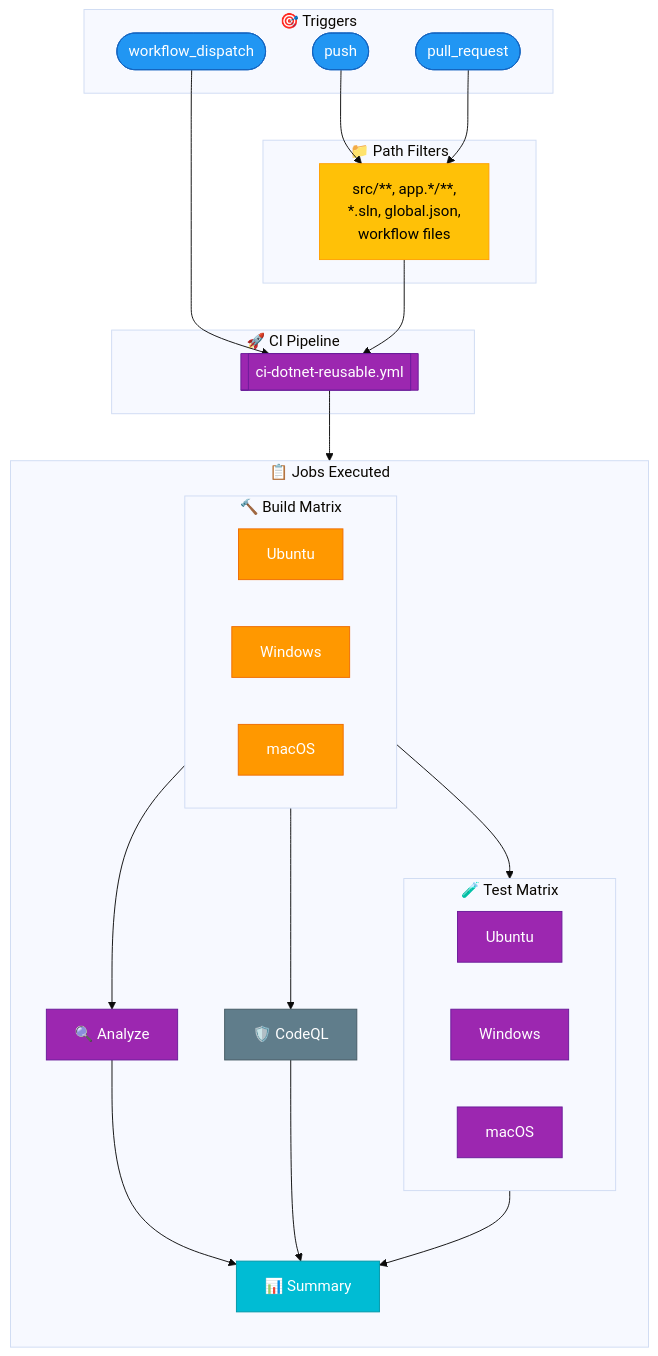
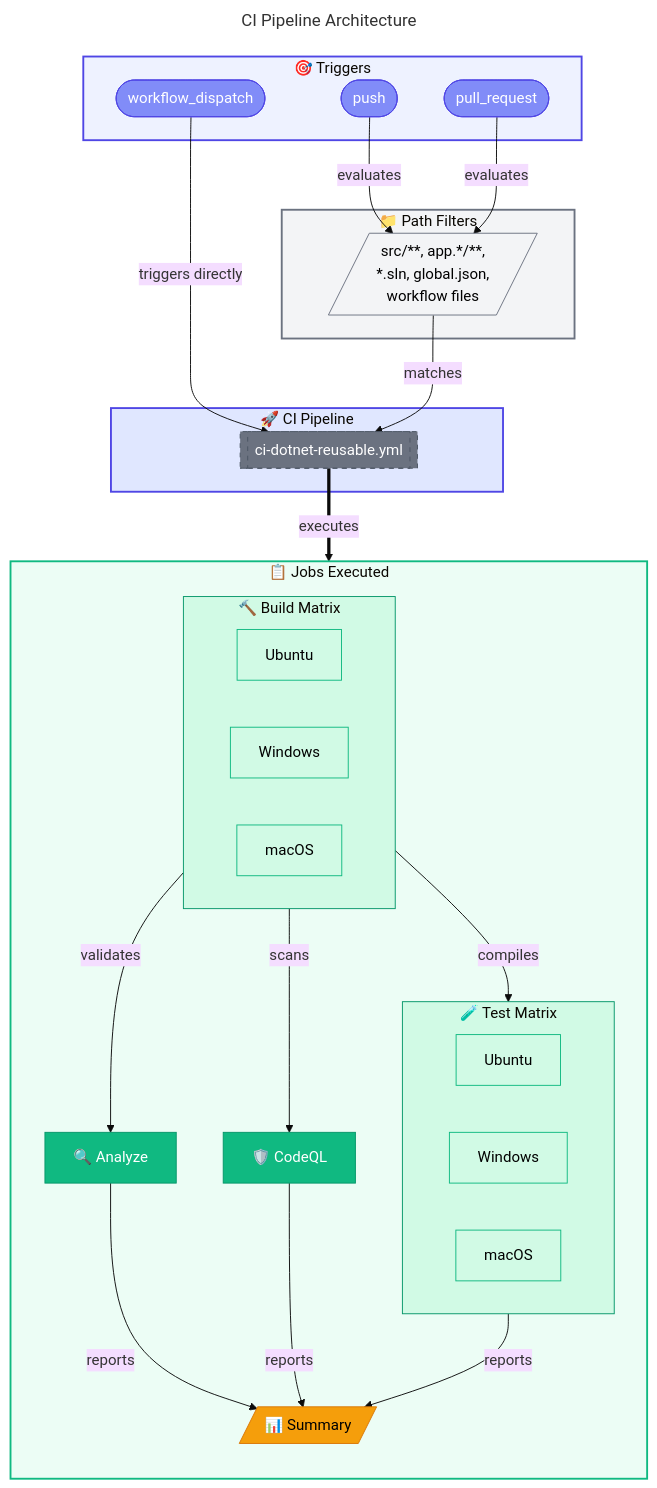
Before and after one commit to Evilazaro/Azure-LogicApps-Monitoring: the first of 2 diagrams in docs/devops/ci-dotnet.md, drawn with Mermaid (base theme). The commit also changed other lines of this file, not shown here.

Commit message:
refactor: Improve CI pipeline diagrams with enhanced clarity, structure, and styling

````diff
--- a/docs/devops/ci-dotnet.md
+++ b/docs/devops/ci-dotnet.md
@@ -62,69 +62,84 @@
 ```mermaid
+---
+title: CI Pipeline Architecture
+---
 flowchart TD
+    %% ===== TRIGGER EVENTS =====
     subgraph Triggers["🎯 Triggers"]
-        T1([push])
-        T2([pull_request])
-        T3([workflow_dispatch])
+        T1(["push"])
+        T2(["pull_request"])
+        T3(["workflow_dispatch"])
     end
 
+    %% ===== PATH FILTERS =====
     subgraph PathFilters["📁 Path Filters"]
-        PF[src/**, app.*/**,<br/>*.sln, global.json,<br/>workflow files]
+        PF[/"src/**, app.*/**,<br/>*.sln, global.json,<br/>workflow files"/]
     end
 
+    %% ===== CI PIPELINE =====
     subgraph CI["🚀 CI Pipeline"]
-        CI_CALL[[ci-dotnet-reusable.yml]]
+        CI_CALL[["ci-dotnet-reusable.yml"]]
     end
 
+    %% ===== EXECUTED JOBS =====
     subgraph Jobs["📋 Jobs Executed"]
         direction TB
 
         subgraph BuildMatrix["🔨 Build Matrix"]
-            B1[Ubuntu]
-            B2[Windows]
-            B3[macOS]
+            B1["Ubuntu"]
+            B2["Windows"]
+            B3["macOS"]
         end
 
         subgraph TestMatrix["🧪 Test Matrix"]
-            T_U[Ubuntu]
-            T_W[Windows]
-            T_M[macOS]
+            TM_U["Ubuntu"]
+            TM_W["Windows"]
+            TM_M["macOS"]
         end
 
-        ANALYZE[🔍 Analyze]
-        CODEQL[🛡️ CodeQL]
-        SUMMARY[📊 Summary]
+        ANALYZE["🔍 Analyze"]
+        CODEQL["🛡️ CodeQL"]
+        SUMMARY[/"📊 Summary"/]
     end
 
-    %% Trigger flows
-    T1 --> PF
-    T2 --> PF
-    T3 --> CI_CALL
-    PF --> CI_CALL
+    %% ===== TRIGGER FLOWS =====
+    T1 -->|evaluates| PF
+    T2 -->|evaluates| PF
+    T3 -->|triggers directly| CI_CALL
+    PF -->|matches| CI_CALL
 
-    %% CI to Jobs
-    CI_CALL --> BuildMatrix
-    BuildMatrix --> TestMatrix
-    BuildMatrix --> ANALYZE
-    BuildMatrix --> CODEQL
-    TestMatrix --> SUMMARY
-    ANALYZE --> SUMMARY
-    CODEQL --> SUMMARY
+    %% ===== CI TO JOBS =====
+    CI_CALL ==>|executes| BuildMatrix
+    BuildMatrix -->|compiles| TestMatrix
+    BuildMatrix -->|validates| ANALYZE
+    BuildMatrix -->|scans| CODEQL
+    TestMatrix -->|reports| SUMMARY
+    ANALYZE -->|reports| SUMMARY
+    CODEQL -->|reports| SUMMARY
 
-    %% Styling
-    classDef trigger fill:#2196F3,stroke:#1565C0,color:#fff
-    classDef filter fill:#FFC107,stroke:#FFA000,color:#000
-    classDef reusable fill:#9C27B0,stroke:#6A1B9A,color:#fff
-    classDef build fill:#FF9800,stroke:#EF6C00,color:#fff
-    classDef test fill:#9C27B0,stroke:#6A1B9A,color:#fff
-    classDef security fill:#607D8B,stroke:#455A64,color:#fff
-    classDef summary fill:#00BCD4,stroke:#0097A7,color:#fff
+    %% ===== NODE STYLING =====
+    classDef trigger fill:#818CF8,stroke:#4F46E5,color:#FFFFFF
+    classDef input fill:#F3F4F6,stroke:#6B7280,color:#000000
+    classDef external fill:#6B7280,stroke:#4B5563,color:#FFFFFF,stroke-dasharray:5 5
+    classDef primary fill:#4F46E5,stroke:#3730A3,color:#FFFFFF
+    classDef secondary fill:#10B981,stroke:#059669,color:#FFFFFF
+    classDef matrix fill:#D1FAE5,stroke:#10B981,color:#000000
+    classDef datastore fill:#F59E0B,stroke:#D97706,color:#000000
 
+    %% ===== APPLY NODE CLASSES =====
     class T1,T2,T3 trigger
-    class PF filter
-    class CI_CALL reusable
-    class B1,B2,B3 build
-    class T_U,T_W,T_M test
-    class ANALYZE test
-    class CODEQL security
-    class SUMMARY summary
+    class PF input
+    class CI_CALL external
+    class B1,B2,B3,TM_U,TM_W,TM_M matrix
+    class ANALYZE secondary
+    class CODEQL secondary
+    class SUMMARY datastore
+
+    %% ===== SUBGRAPH STYLING =====
+    style Triggers fill:#EEF2FF,stroke:#4F46E5,stroke-width:2px
+    style PathFilters fill:#F3F4F6,stroke:#6B7280,stroke-width:2px
+    style CI fill:#E0E7FF,stroke:#4F46E5,stroke-width:2px
+    style Jobs fill:#ECFDF5,stroke:#10B981,stroke-width:2px
+    style BuildMatrix fill:#D1FAE5,stroke:#059669,stroke-width:1px
+    style TestMatrix fill:#D1FAE5,stroke:#059669,stroke-width:1px
 ```
````
